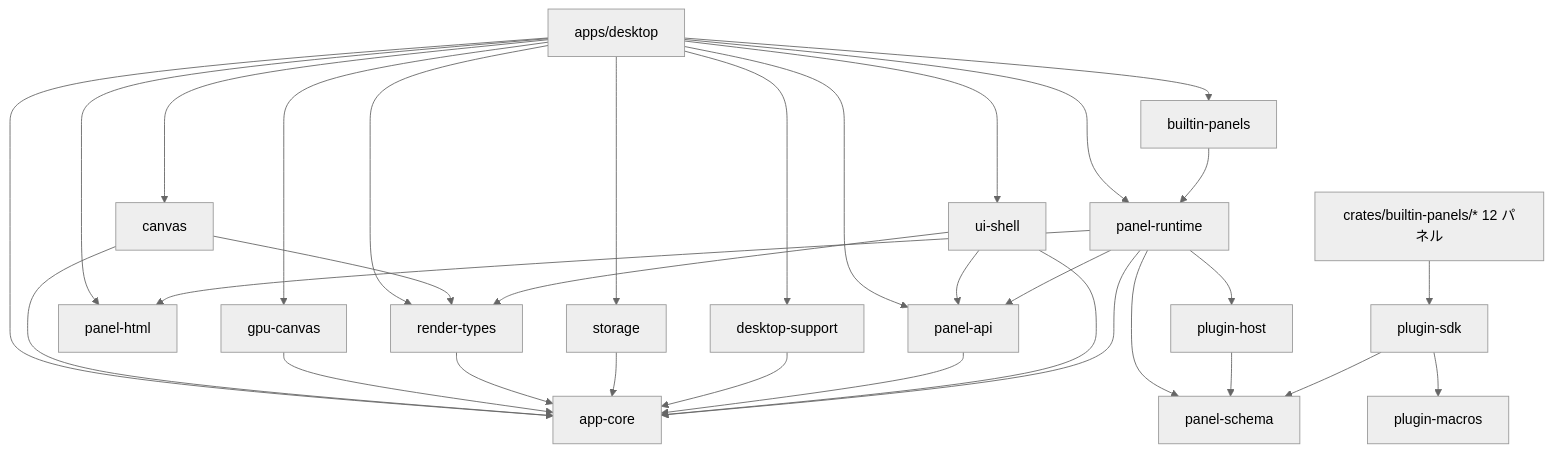
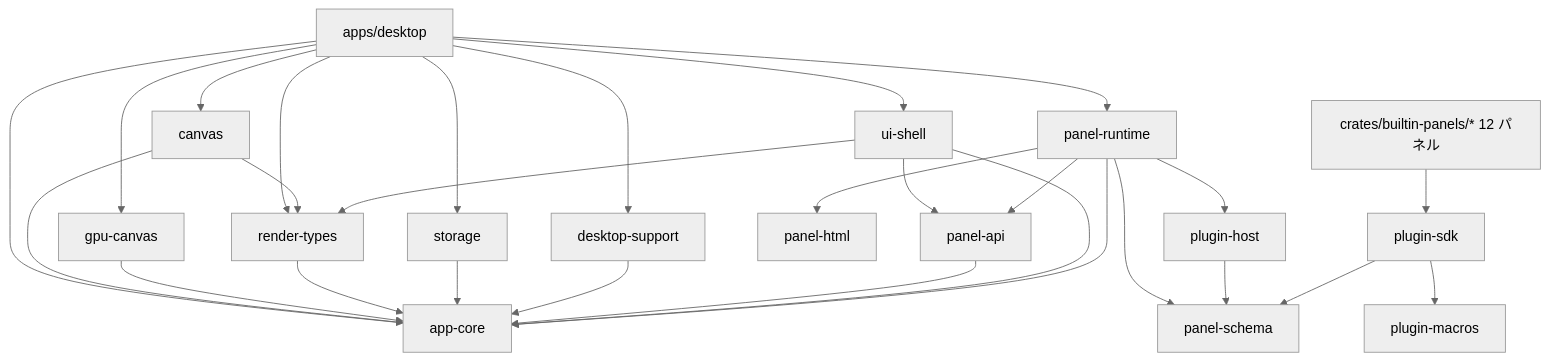
One commit to gitdmnt/altpaint changed the first of 2 diagrams in docs/MODULE_DEPENDENCIES.md. Above: the diagram before and after it, drawn with Mermaid (neutral theme). The commit also changed other lines of this file and 67 other files, not shown here.

````diff
--- a/docs/MODULE_DEPENDENCIES.md
+++ b/docs/MODULE_DEPENDENCIES.md
@@ -78,40 +77,35 @@
 ```mermaid
 graph TD
     desktop[apps/desktop] --> appcore[app-core]
     desktop --> canvas[canvas]
     desktop --> gpucanvas[gpu-canvas]
     desktop --> rendertypes[render-types]
     desktop --> panelruntime[panel-runtime]
-    desktop --> phtml[panel-html]
     desktop --> uishell[ui-shell]
-    desktop --> panelapi[panel-api]
-    desktop --> builtinpanels[builtin-panels]
     desktop --> storage[storage]
     desktop --> dsupport[desktop-support]
 
     canvas --> appcore
     canvas --> rendertypes
     gpucanvas --> appcore
     rendertypes --> appcore
     storage --> appcore
     dsupport --> appcore
-    panelapi --> appcore
+    panelapi[panel-api] --> appcore
 
     uishell --> appcore
     uishell --> panelapi
     uishell --> rendertypes
 
     panelruntime --> appcore
     panelruntime --> panelapi
     panelruntime --> pschema[panel-schema]
     panelruntime --> phost[plugin-host]
-    panelruntime --> phtml
-
-    builtinpanels --> panelruntime
+    panelruntime --> phtml[panel-html]
 
     phost --> pschema
     pluginsdk[plugin-sdk] --> pmacros[plugin-macros]
     pluginsdk --> pschema
 
     panels[crates/builtin-panels/* 12 パネル] --> pluginsdk
 ```
````
